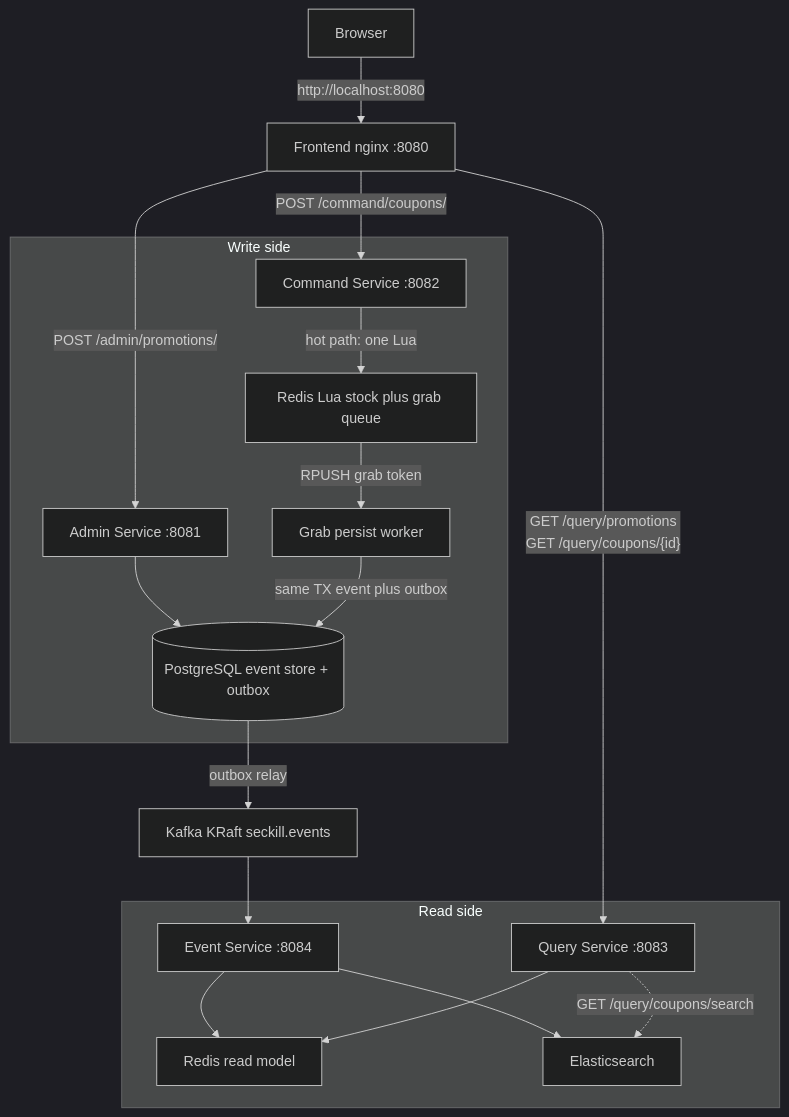
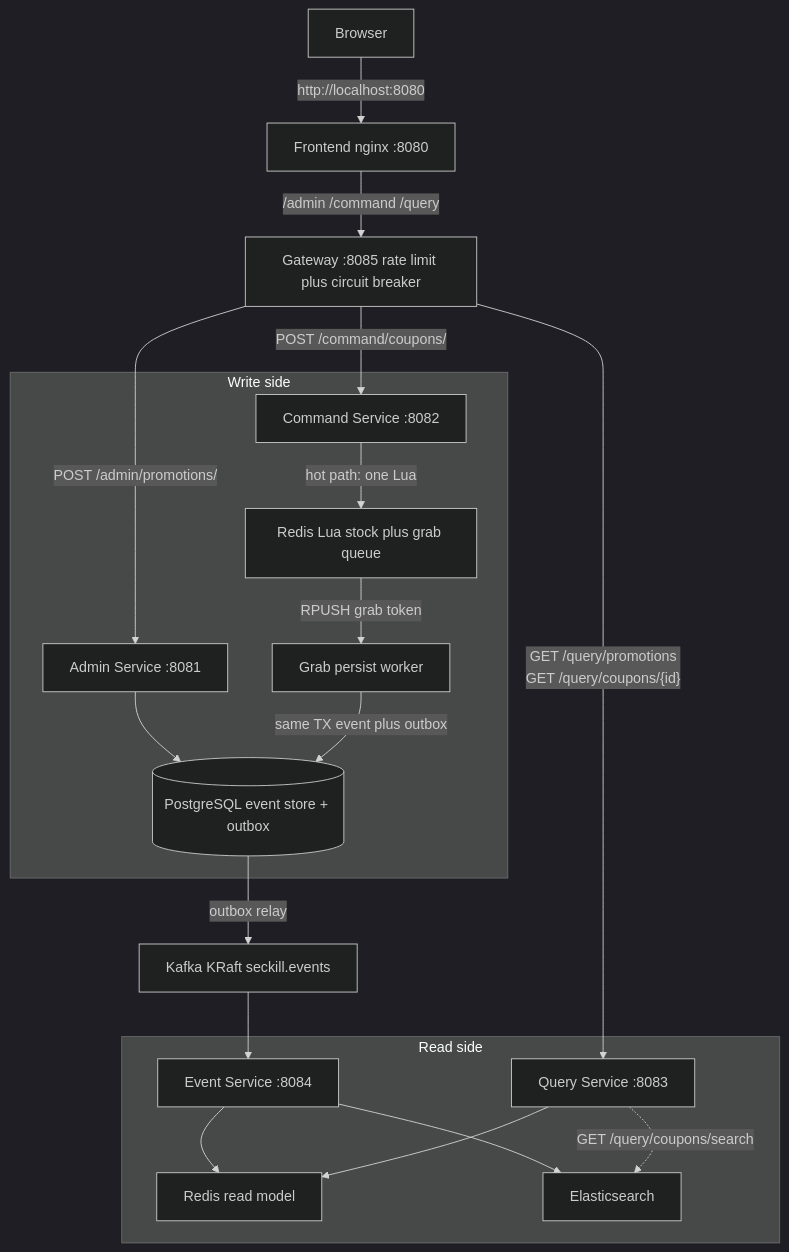
The first of 3 diagrams in README.md (fanqingsong/seckill), drawn with Mermaid (dark theme) before and after one commit. The commit also changed other lines of this file and 17 other files, not shown here.

First line of the commit message:
Add a Spring Cloud Gateway for per-IP rate limits and circuit breaking.

````diff
--- a/README.md
+++ b/README.md
@@ -38,37 +39,39 @@
 ```mermaid
 flowchart TB
   User["Browser"]
   FE["Frontend nginx :8080"]
+  GW["Gateway :8085 rate limit plus circuit breaker"]
 
   subgraph writeSide["Write side"]
     Admin["Admin Service :8081"]
     Cmd["Command Service :8082"]
     RedisHot["Redis Lua stock plus grab queue"]
     Worker["Grab persist worker"]
     PG[("PostgreSQL event store + outbox")]
   end
 
   Kafka["Kafka KRaft seckill.events"]
 
   subgraph readSide["Read side"]
     Event["Event Service :8084"]
     Query["Query Service :8083"]
     RedisRead["Redis read model"]
     ES["Elasticsearch"]
   end
 
   User -->|"http://localhost:8080"| FE
-  FE -->|"POST /admin/promotions/"| Admin
-  FE -->|"POST /command/coupons/"| Cmd
-  FE -->|"GET /query/promotions<br/>GET /query/coupons/{id}"| Query
+  FE -->|"/admin /command /query"| GW
+  GW -->|"POST /admin/promotions/"| Admin
+  GW -->|"POST /command/coupons/"| Cmd
+  GW -->|"GET /query/promotions<br/>GET /query/coupons/{id}"| Query
   Admin --> PG
   Cmd -->|"hot path: one Lua"| RedisHot
   RedisHot -->|"RPUSH grab token"| Worker
   Worker -->|"same TX event plus outbox"| PG
   PG -->|"outbox relay"| Kafka
   Kafka --> Event
   Event --> RedisRead
   Event --> ES
   Query --> RedisRead
   Query -.->|"GET /query/coupons/search"| ES
 ```
````
